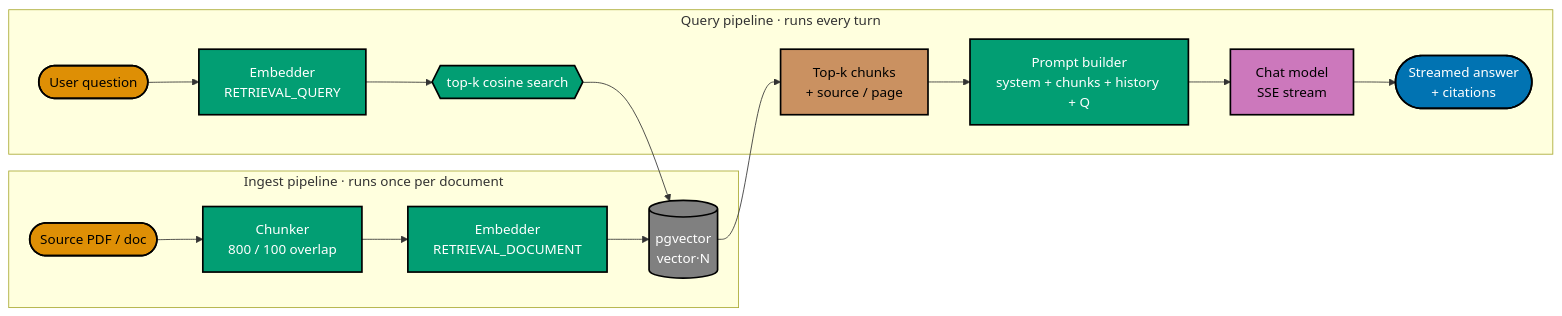
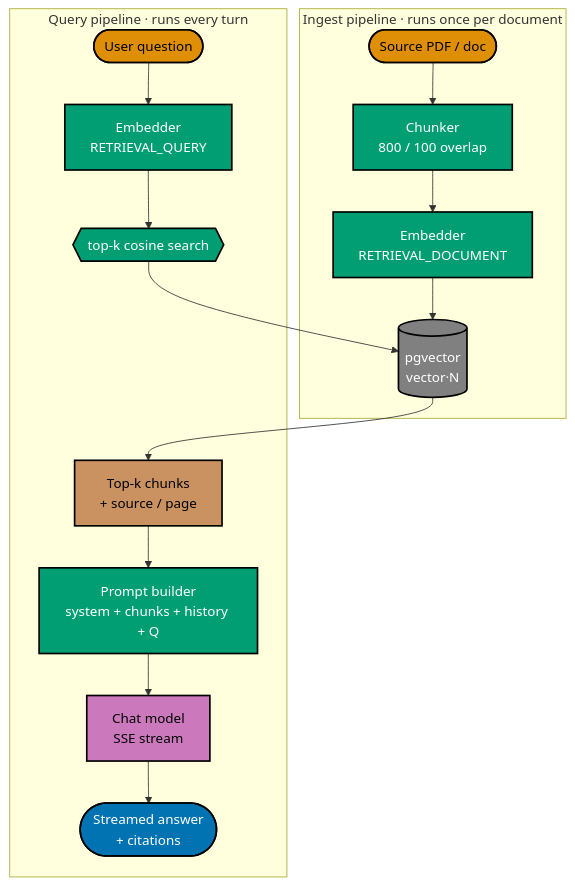
The first of 2 diagrams in docs/explanation/software-engineering/ai-application-development/README.md (wahidyankf/ose-primer), drawn with Mermaid before and after one commit. The commit also changed other lines of this file, not shown here.

Commit message:
docs(explanation): nest TOC + switch RAG flowchart to top-bottom in AI primer README

````diff
--- a/docs/explanation/software-engineering/ai-application-development/README.md
+++ b/docs/explanation/software-engineering/ai-application-development/README.md
@@ -267,26 +275,26 @@
 ```mermaid
 %% Color Palette: Blue #0173B2 | Orange #DE8F05 | Teal #029E73 | Purple #CC78BC | Gray #808080 | Brown #CA9161
-flowchart LR
+flowchart TB
     subgraph Ingest [Ingest pipeline · runs once per document]
         DOC([Source PDF / doc]):::doc --> CHUNK[Chunker<br/>800 / 100 overlap]:::step
         CHUNK --> EMB1[Embedder<br/>RETRIEVAL_DOCUMENT]:::step
         EMB1 --> DB[(pgvector<br/>vector·N)]:::store
     end
     subgraph Query [Query pipeline · runs every turn]
         Q([User question]):::user --> EMB2[Embedder<br/>RETRIEVAL_QUERY]:::step
         EMB2 --> SEARCH{{top-k cosine search}}:::step
         SEARCH --> DB
         DB --> CHUNKS[Top-k chunks<br/>+ source / page]:::data
         CHUNKS --> PROMPT[Prompt builder<br/>system + chunks + history + Q]:::step
         PROMPT --> LLM[Chat model<br/>SSE stream]:::llm
         LLM --> ANS([Streamed answer<br/>+ citations]):::out
     end
 
     classDef doc fill:#DE8F05,stroke:#000000,color:#000000,stroke-width:2px
     classDef user fill:#DE8F05,stroke:#000000,color:#000000,stroke-width:2px
     classDef step fill:#029E73,stroke:#000000,color:#FFFFFF,stroke-width:2px
     classDef store fill:#808080,stroke:#000000,color:#FFFFFF,stroke-width:2px
     classDef data fill:#CA9161,stroke:#000000,color:#000000,stroke-width:2px
     classDef llm fill:#CC78BC,stroke:#000000,color:#000000,stroke-width:2px
     classDef out fill:#0173B2,stroke:#000000,color:#FFFFFF,stroke-width:2px
 ```
````
